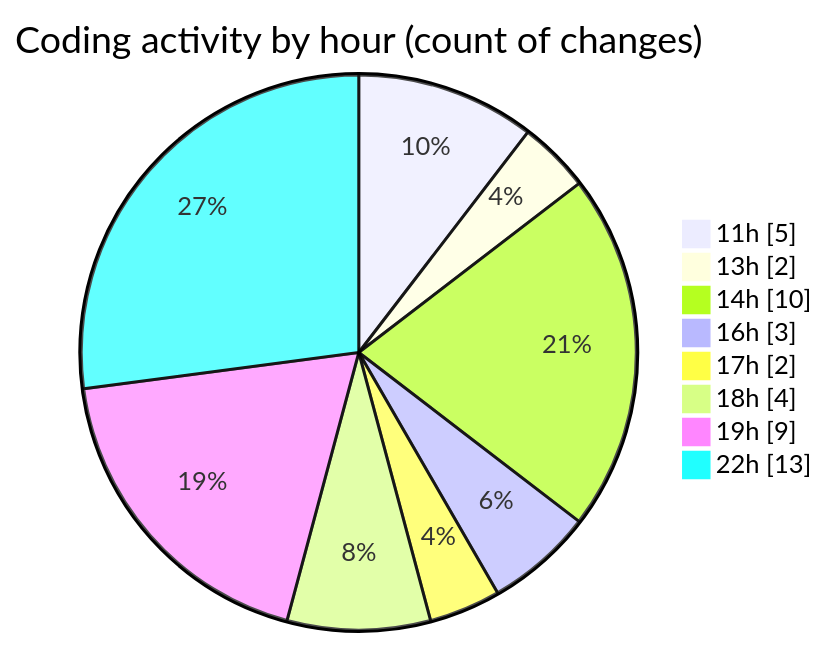
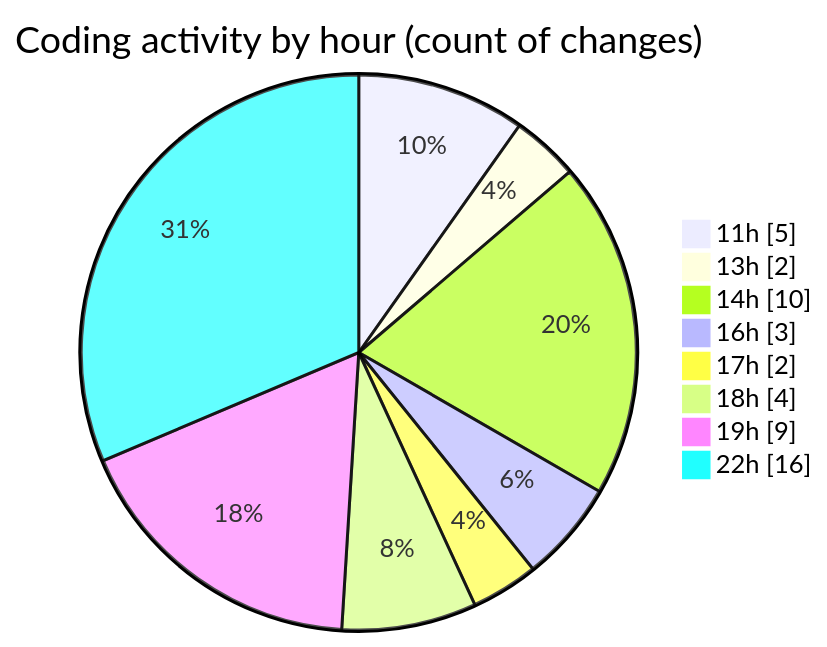
One commit to julien-gomy/code-tracking changed the second of 2 diagrams in 2025-10-27/usr_aleoudev_fr__workspace_/README.md. Above: the diagram before and after it, drawn with Mermaid. The commit also changed other lines of this file and 1 other file, not shown here.

````diff
--- a/2025-10-27/usr_aleoudev_fr__workspace_/README.md
+++ b/2025-10-27/usr_aleoudev_fr__workspace_/README.md
@@ -37,12 +37,12 @@
 ```mermaid
 pie showData
 title Coding activity by hour (count of changes)
 "11h" : 5
 "13h" : 2
 "14h" : 10
 "16h" : 3
 "17h" : 2
 "18h" : 4
 "19h" : 9
-"22h" : 13
+"22h" : 16
 ```
````
